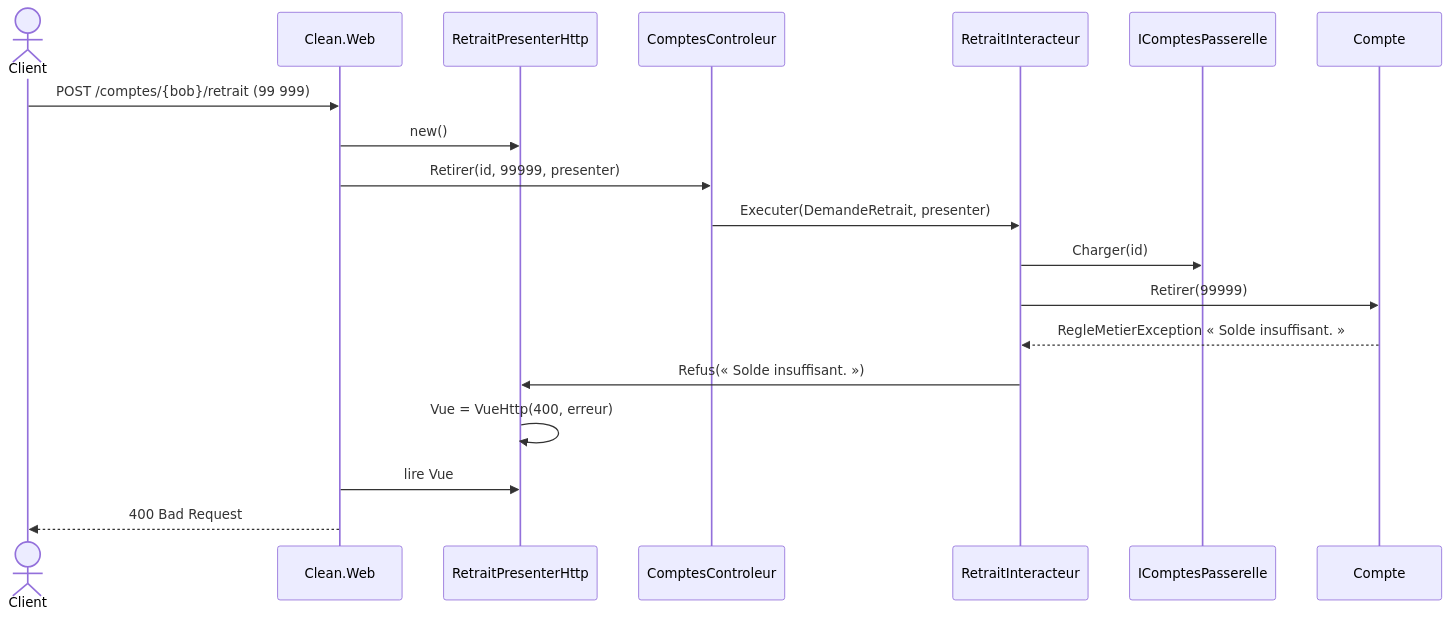
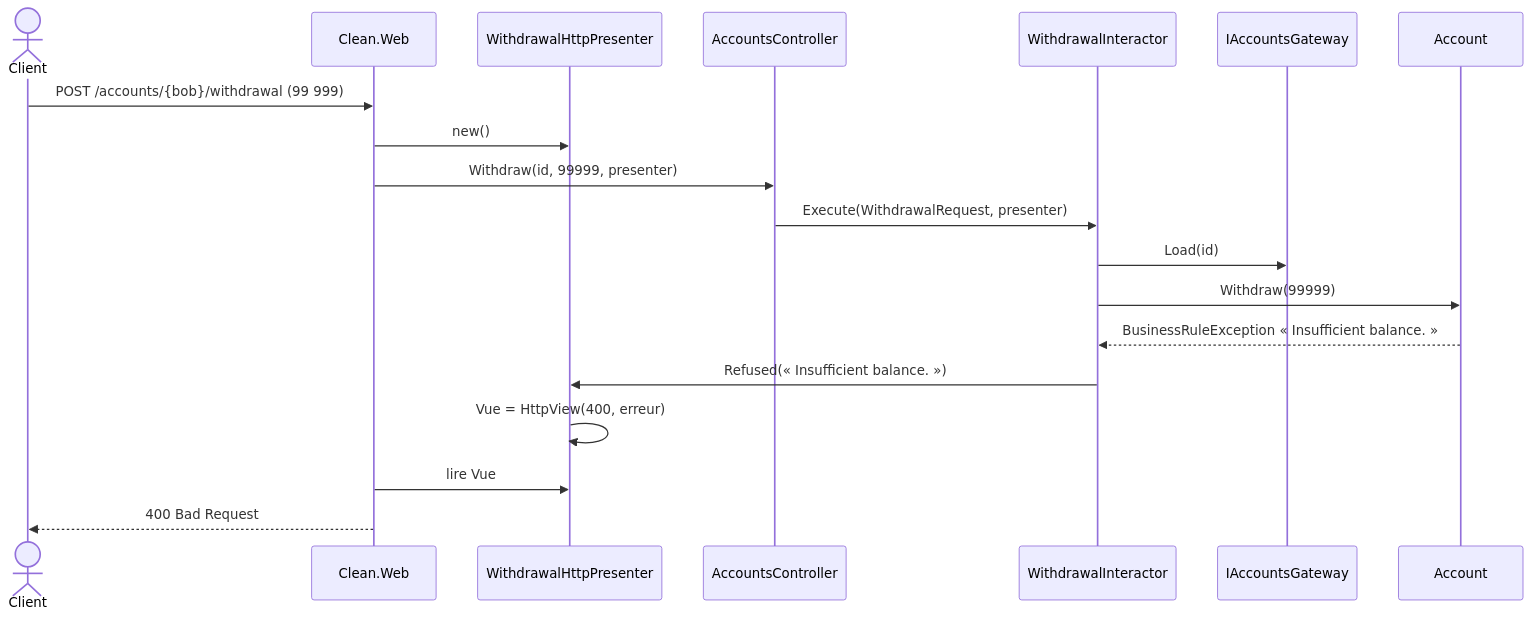
The third of 3 diagrams in Docs/03-clean.md (drangoht/ArchitecturesDemo), drawn with Mermaid before and after one commit. The commit also changed other lines of this file and 70 other files, not shown here.

Commit message:
Docs FR : identifiants, liens, diagrammes et sorties alignés sur le code anglais

````diff
--- a/Docs/03-clean.md
+++ b/Docs/03-clean.md
@@ -186,21 +186,21 @@
 ```mermaid
 sequenceDiagram
     actor Client
     participant W as Clean.Web
-    participant P as RetraitPresenterHttp
-    participant C as ComptesControleur
-    participant I as RetraitInteracteur
-    participant G as IComptesPasserelle
-    participant E as Compte
-    Client->>W: POST /comptes/{bob}/retrait (99 999)
+    participant P as WithdrawalHttpPresenter
+    participant C as AccountsController
+    participant I as WithdrawalInteractor
+    participant G as IAccountsGateway
+    participant E as Account
+    Client->>W: POST /accounts/{bob}/withdrawal (99 999)
     W->>P: new()
-    W->>C: Retirer(id, 99999, presenter)
-    C->>I: Executer(DemandeRetrait, presenter)
-    I->>G: Charger(id)
-    I->>E: Retirer(99999)
-    E-->>I: RegleMetierException « Solde insuffisant. »
-    I->>P: Refus(« Solde insuffisant. »)
-    P->>P: Vue = VueHttp(400, erreur)
+    W->>C: Withdraw(id, 99999, presenter)
+    C->>I: Execute(WithdrawalRequest, presenter)
+    I->>G: Load(id)
+    I->>E: Withdraw(99999)
+    E-->>I: BusinessRuleException « Insufficient balance. »
+    I->>P: Refused(« Insufficient balance. »)
+    P->>P: Vue = HttpView(400, erreur)
     W->>P: lire Vue
     W-->>Client: 400 Bad Request
 ```
````
